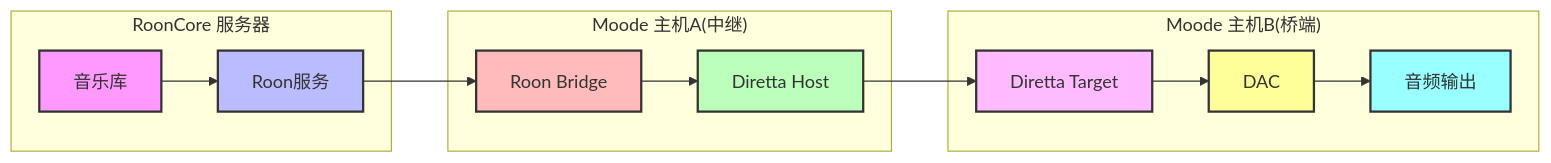
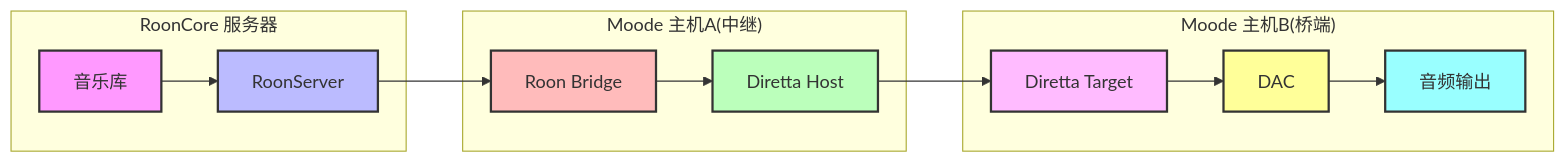
The first of 2 diagrams in README.md (mslovecc/nanopim4), drawn with Mermaid before and after one commit. The commit also changed other lines of this file, not shown here.

````diff
--- a/README.md
+++ b/README.md
@@ -4,21 +4,21 @@
 ```mermaid
 flowchart LR
     subgraph "RoonCore 服务器"
-    A[音乐库] --> B[Roon服务]
+    A[音乐库] --> B[RoonServer]
     end
     subgraph "Moode 主机A(中继)"
     B --> C[Roon Bridge]
     C --> D[Diretta Host]
     end
     subgraph "Moode 主机B(桥端)"
     D --> E[Diretta Target] --> F[DAC] --> G[音频输出]
     end
     
     style A fill:#f9f,stroke:#333,stroke-width:2px
     style B fill:#bbf,stroke:#333,stroke-width:2px
     style C fill:#fbb,stroke:#333,stroke-width:2px
     style D fill:#bfb,stroke:#333,stroke-width:2px
     style E fill:#fbf,stroke:#333,stroke-width:2px
     style F fill:#ff9,stroke:#333,stroke-width:2px
     style G fill:#9ff,stroke:#333,stroke-width:2px
 ```
````
